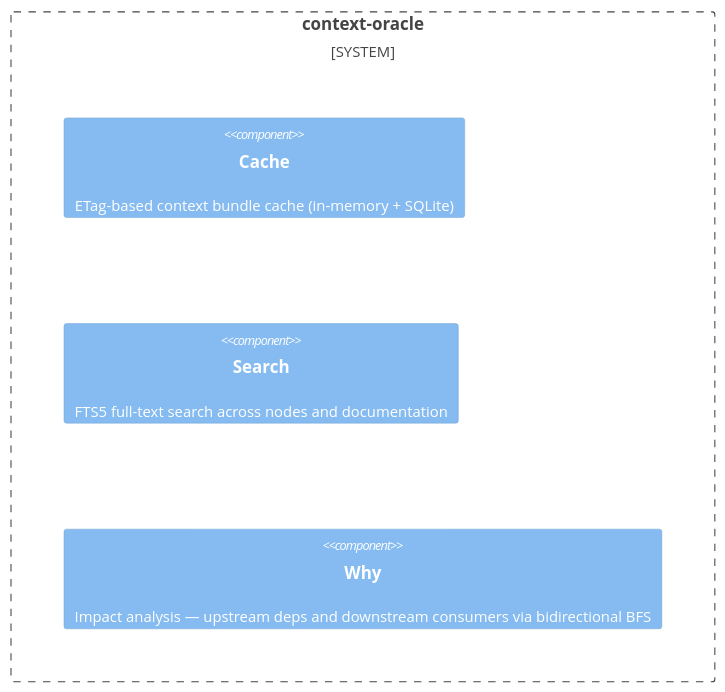
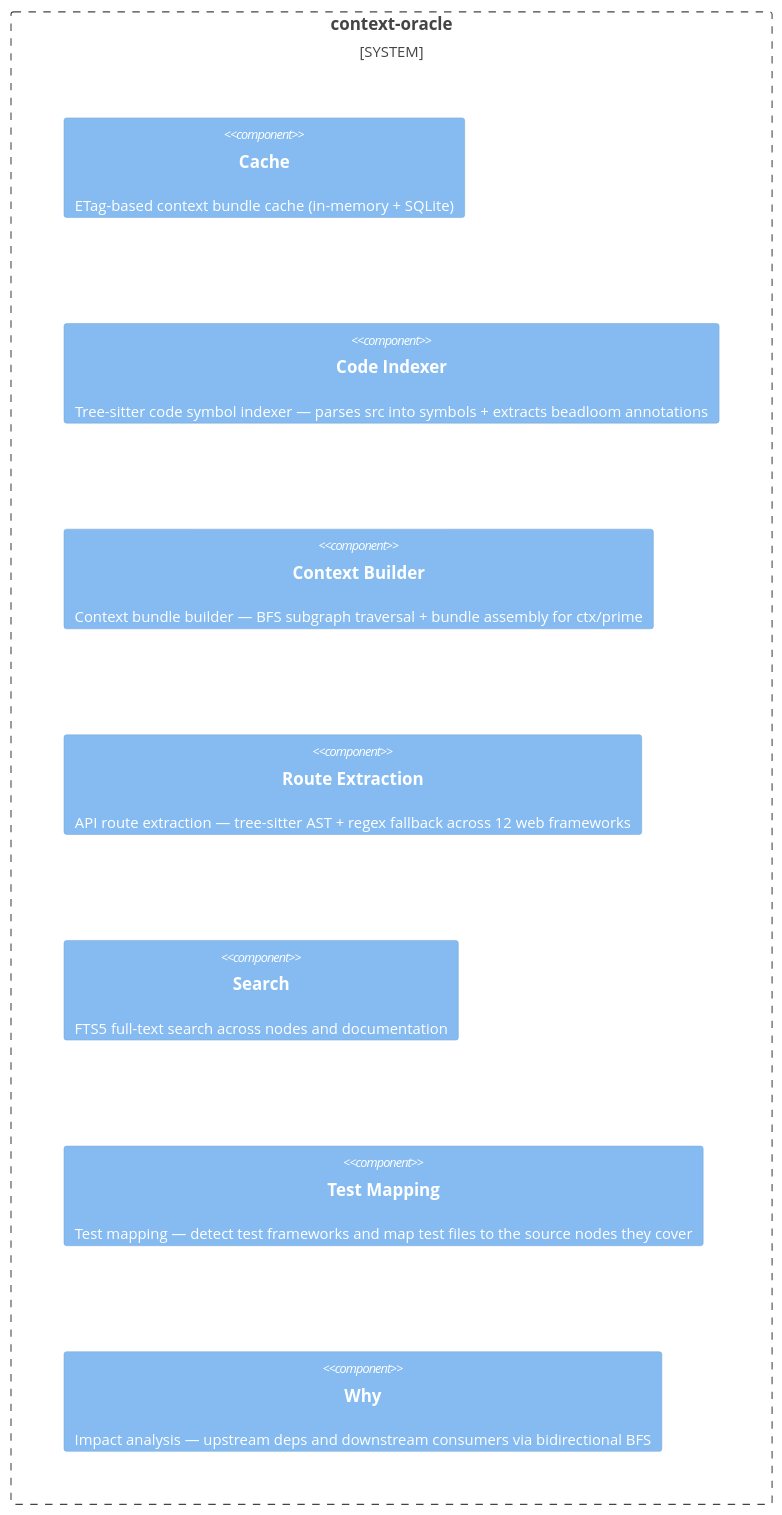
One commit to zoologov/beadloom changed the diagram in site/domains/context-oracle.md. Above: the diagram before and after it, drawn with Mermaid. The commit also changed other lines of this file and 128 other files, not shown here.

First line of the commit message:
[BDL-051] docs — fill SPEC/DOCs + architecture-model + CHANGELOG/ROADMAP (epic close) (#12)

````diff
--- a/site/domains/context-oracle.md
+++ b/site/domains/context-oracle.md
@@ -63,8 +63,12 @@
 ```mermaid
 C4Container
     System_Boundary(context_oracle_boundary, "context-oracle") {
         Component(cache, "Cache", "", "ETag-based context bundle cache (in-memory + SQLite)")
+        Component(code_indexer, "Code Indexer", "", "Tree-sitter code symbol indexer — parses src into symbols + extracts beadloom annotations")
+        Component(context_builder, "Context Builder", "", "Context bundle builder — BFS subgraph traversal + bundle assembly for ctx/prime")
+        Component(route_extraction, "Route Extraction", "", "API route extraction — tree-sitter AST + regex fallback across 12 web frameworks")
         Component(search, "Search", "", "FTS5 full-text search across nodes and documentation")
+        Component(test_mapping, "Test Mapping", "", "Test mapping — detect test frameworks and map test files to the source nodes they cover")
         Component(why, "Why", "", "Impact analysis — upstream deps and downstream consumers via bidirectional BFS")
     }
 ```
````
